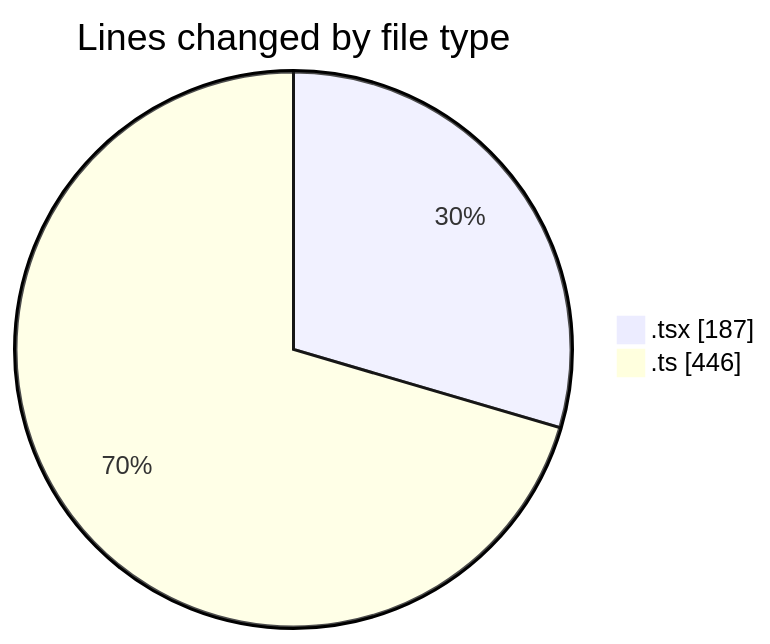
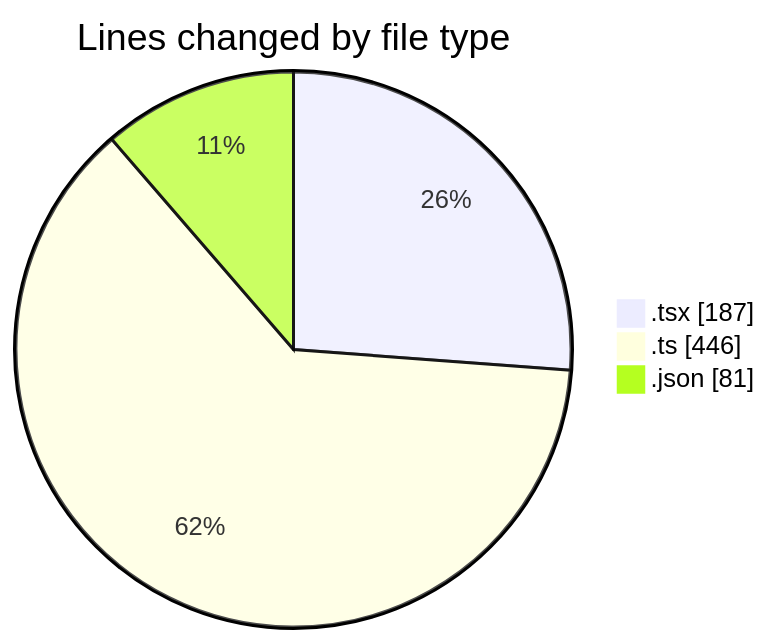
One commit to momahboobian/code-tracking changed the first of 2 diagrams in 2026-03-30/cda/README.md. Above: the diagram before and after it, drawn with Mermaid. The commit also changed other lines of this file and 1 other file, not shown here.

````diff
--- a/2026-03-30/cda/README.md
+++ b/2026-03-30/cda/README.md
@@ -21,6 +22,7 @@
 ```mermaid
 pie showData
 title Lines changed by file type
 ".tsx" : 187
 ".ts" : 446
+".json" : 81
 ```
````
